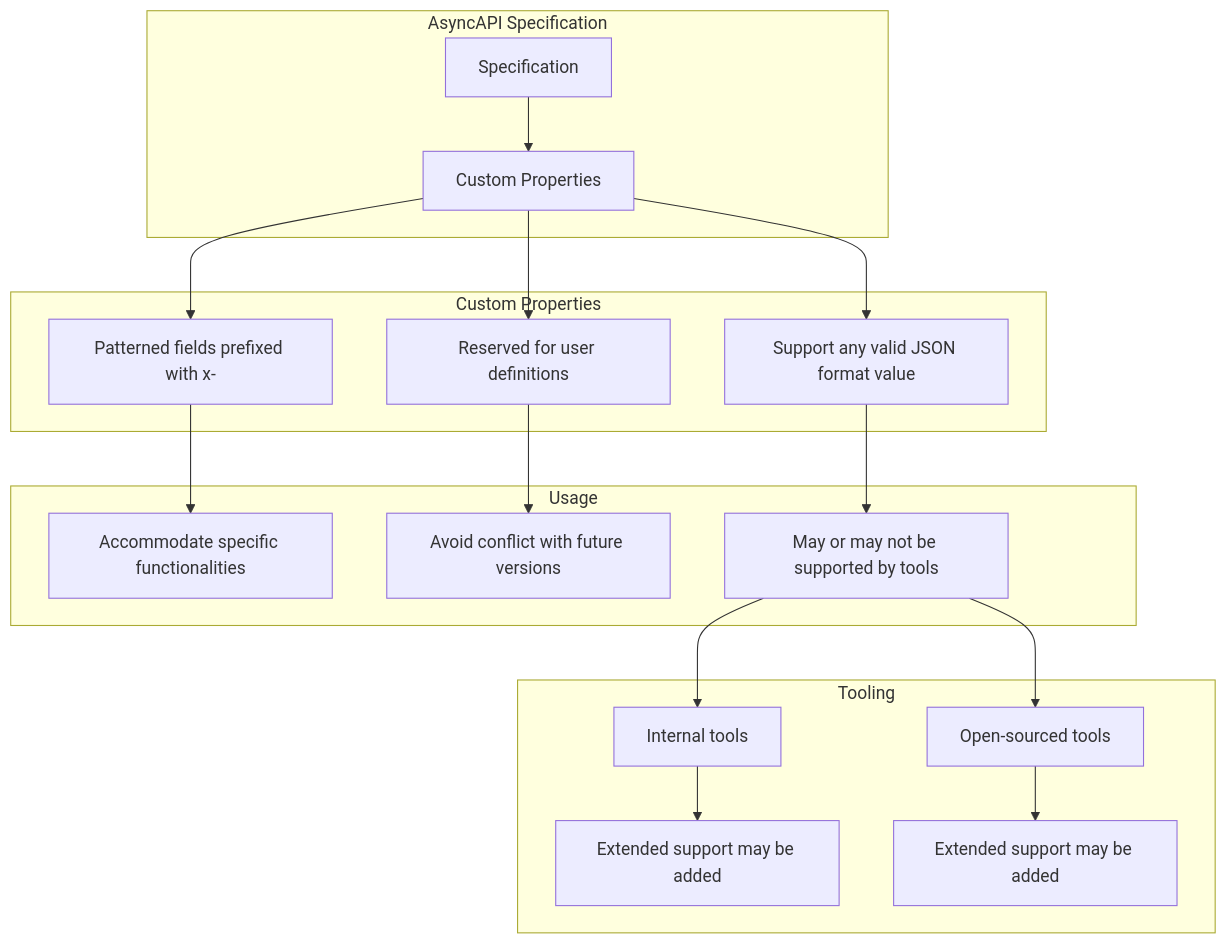
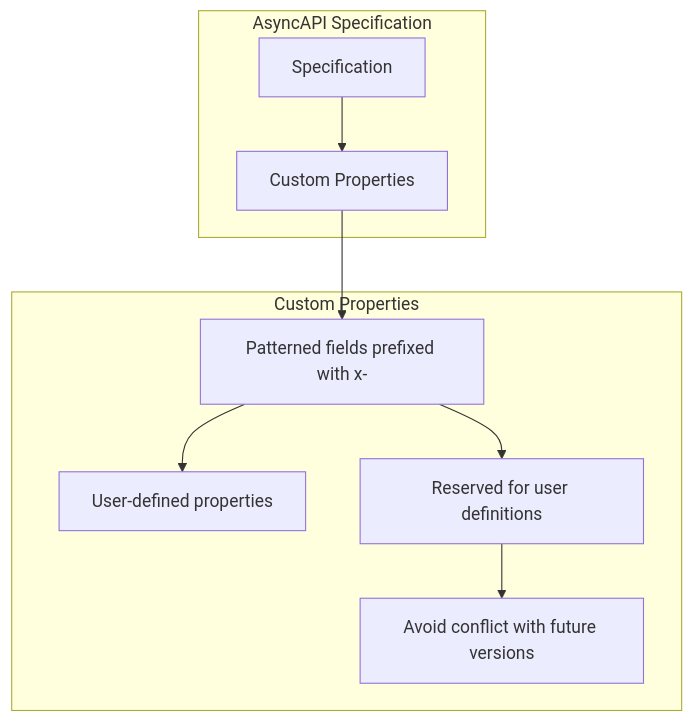
One commit to asyncapi/website changed the first of 3 diagrams in pages/docs/concepts/asyncapi-document/extending-specification.md. Above: the diagram before and after it, drawn with Mermaid. The commit also changed other lines of this file and 1 other file, not shown here.

Commit message:
update as per review

````diff
--- a/pages/docs/concepts/asyncapi-document/extending-specification.md
+++ b/pages/docs/concepts/asyncapi-document/extending-specification.md
@@ -16,22 +16,12 @@
 ```mermaid
-flowchart TB
+flowchart TD
     subgraph "AsyncAPI Specification"
         A[Specification] --> B[Custom Properties]
     end
     subgraph "Custom Properties"
         B --> C[Patterned fields prefixed with x-]
-        B --> D[Reserved for user definitions]
-        B --> E[Support any valid JSON format value]
-    end
-    subgraph "Usage"
-        C --> F[Accommodate specific functionalities]
-        D --> G[Avoid conflict with future versions]
-        E --> H[May or may not be supported by tools]
-    end
-    subgraph "Tooling"
-        H --> I[Internal tools]
-        H --> J[Open-sourced tools]
-        I --> K[Extended support may be added]
-        J --> L[Extended support may be added]
+        C --> D[User-defined properties]
+        C --> E[Reserved for user definitions]
+        E --> F[Avoid conflict with future versions]
     end
 ```
````
